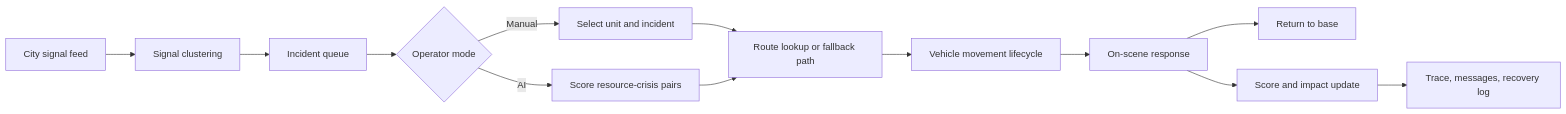
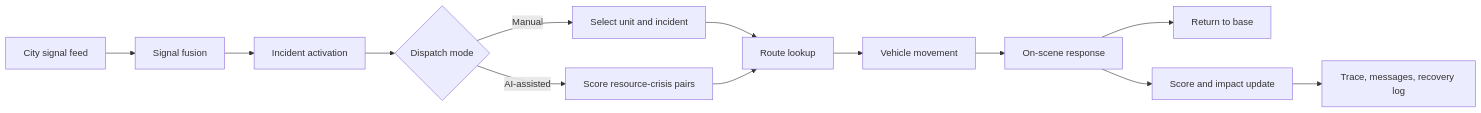
The diagram in README.md (mohammed-bfaisal/ciro-pak), drawn with Mermaid before and after one commit. The commit also changed other lines of this file and 6 other files, not shown here.

````diff
--- a/README.md
+++ b/README.md
@@ -9,15 +9,15 @@
 ```mermaid
 flowchart LR
-  A[City signal feed] --> B[Signal clustering]
-  B --> C[Incident queue]
-  C --> D{Operator mode}
+  A[City signal feed] --> B[Signal fusion]
+  B --> C[Incident activation]
+  C --> D{Dispatch mode}
   D -->|Manual| E[Select unit and incident]
-  D -->|AI| F[Score resource-crisis pairs]
-  E --> G[Route lookup or fallback path]
+  D -->|AI-assisted| F[Score resource-crisis pairs]
+  E --> G[Route lookup]
   F --> G
-  G --> H[Vehicle movement lifecycle]
+  G --> H[Vehicle movement]
   H --> I[On-scene response]
   I --> J[Return to base]
   I --> K[Score and impact update]
   K --> L[Trace, messages, recovery log]
 ```
````
